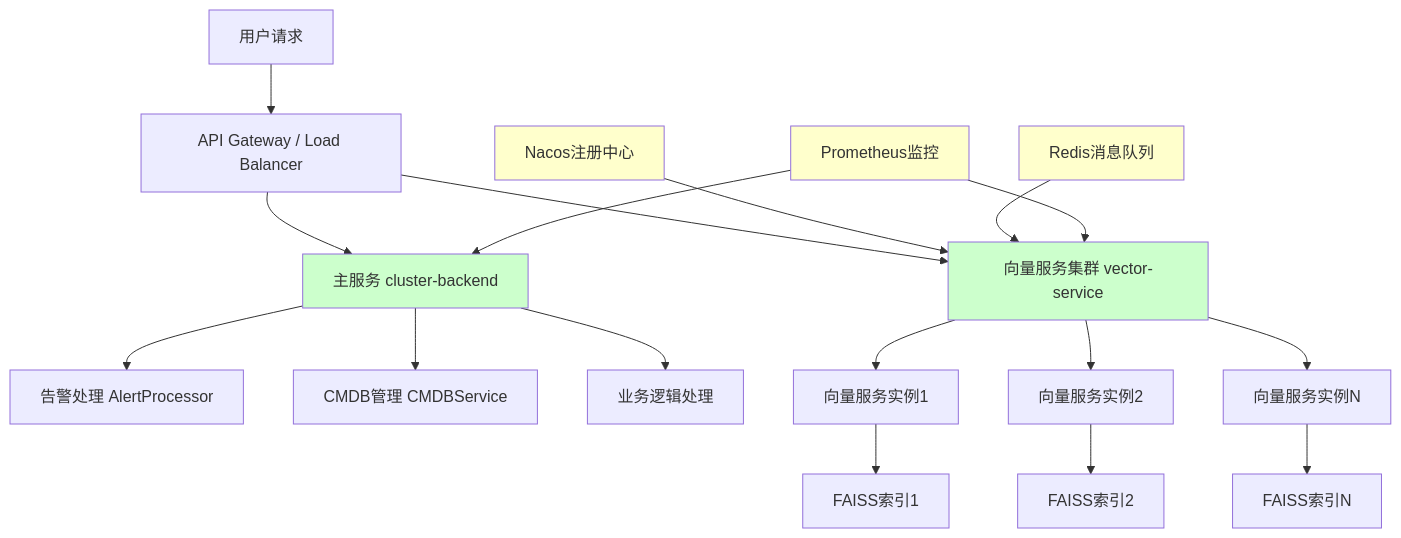
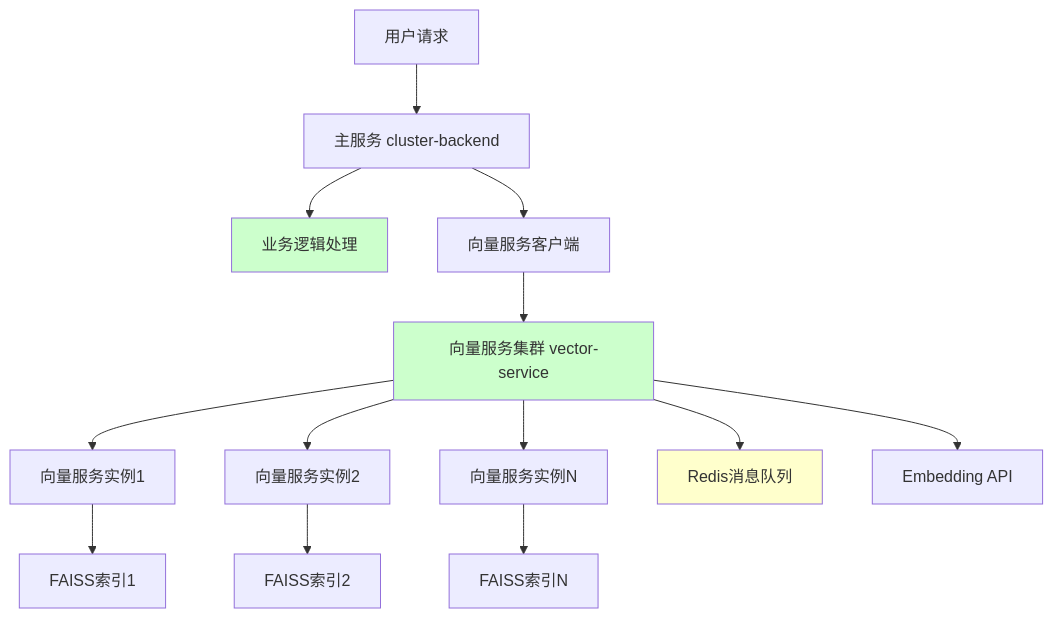
The second of 2 diagrams in .kiro/specs/vector-database-microservices/design.md (mengxinghun9657-boop/op-web-simple), drawn with Mermaid before and after one commit. The commit also changed other lines of this file and 1 other file, not shown here.

````diff
--- a/.kiro/specs/vector-database-microservices/design.md
+++ b/.kiro/specs/vector-database-microservices/design.md
@@ -39,29 +41,23 @@
 ```mermaid
 graph TD
-    A[用户请求] --> B[API Gateway / Load Balancer]
-    B --> C[主服务 cluster-backend]
-    B --> D[向量服务集群 vector-service]
+    A[用户请求] --> B[主服务 cluster-backend]
+    B --> C[业务逻辑处理]
+    B --> D[向量服务客户端]
     
-    C --> E[告警处理 AlertProcessor]
-    C --> F[CMDB管理 CMDBService]
-    C --> G[业务逻辑处理]
+    D --> E[向量服务集群 vector-service]
     
-    D --> H[向量服务实例1]
-    D --> I[向量服务实例2]
-    D --> J[向量服务实例N]
+    E --> F[向量服务实例1]
+    E --> G[向量服务实例2]
+    E --> H[向量服务实例N]
     
-    H --> K[FAISS索引1]
-    I --> L[FAISS索引2]
-    J --> M[FAISS索引N]
+    F --> I[FAISS索引1]
+    G --> J[FAISS索引2]
+    H --> K[FAISS索引N]
     
-    N[Nacos注册中心] --> D
-    O[Redis消息队列] --> D
-    P[Prometheus监控] --> C
-    P --> D
+    E --> L[Redis消息队列]
+    E --> M[Embedding API]
     
     style C fill:#ccffcc
-    style D fill:#ccffcc
-    style N fill:#ffffcc
-    style O fill:#ffffcc
-    style P fill:#ffffcc
+    style E fill:#ccffcc
+    style L fill:#ffffcc
 ```
````
